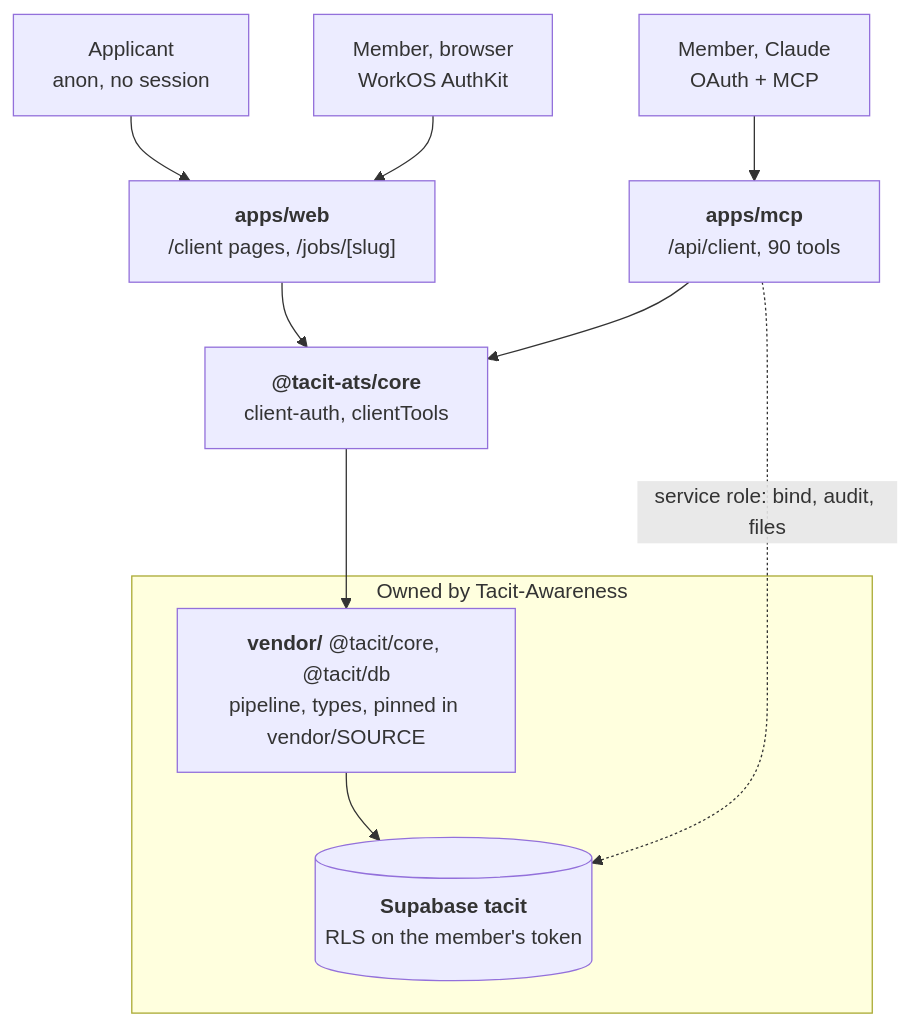
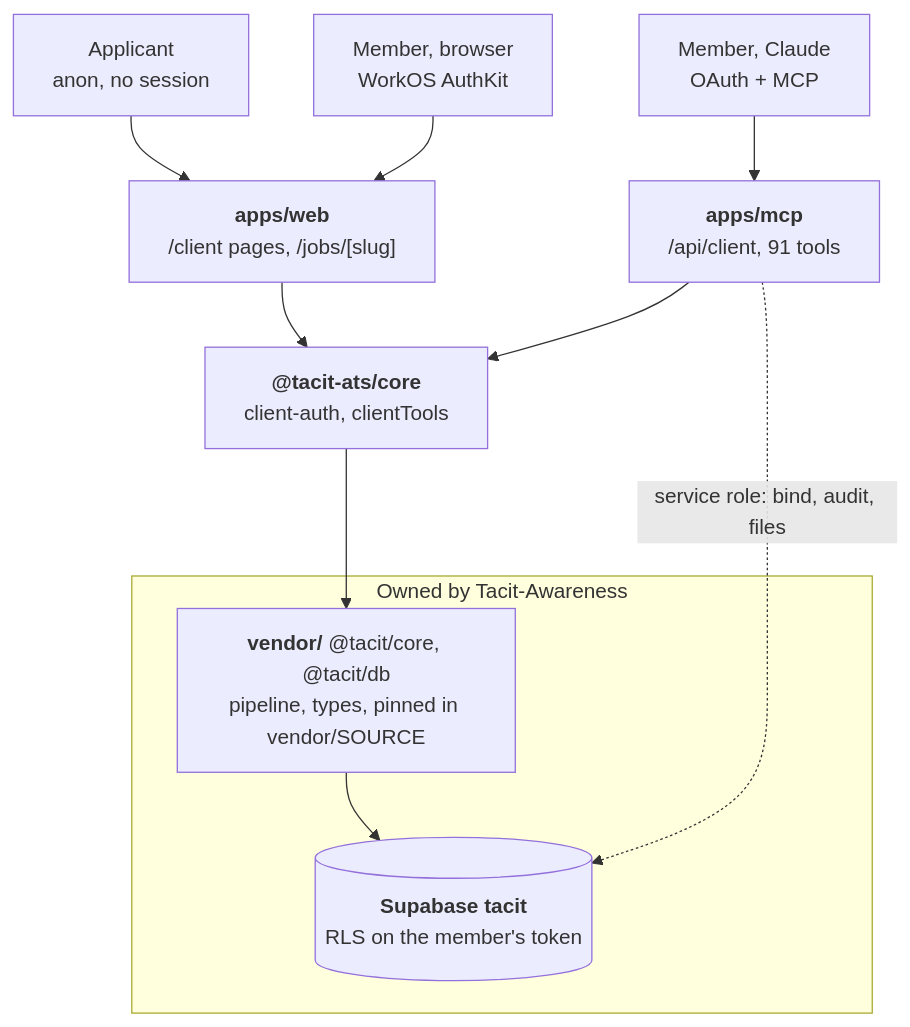
One commit to Tacit-Awareness/tacit-ats changed the first of 3 diagrams in ARCHITECTURE.md. Above: the diagram before and after it, drawn with Mermaid. The commit also changed other lines of this file and 33 other files, not shown here.

````diff
--- a/ARCHITECTURE.md
+++ b/ARCHITECTURE.md
@@ -26,24 +26,24 @@
 ```mermaid
 flowchart TD
     applicant["Applicant<br/>anon, no session"]
     browser["Member, browser<br/>WorkOS AuthKit"]
     claude["Member, Claude<br/>OAuth + MCP"]
 
     web["<b>apps/web</b><br/>/client pages, /jobs/[slug]"]
-    mcp["<b>apps/mcp</b><br/>/api/client, 90 tools"]
+    mcp["<b>apps/mcp</b><br/>/api/client, 91 tools"]
     core["<b>@tacit-ats/core</b><br/>client-auth, clientTools"]
 
     subgraph ta["Owned by Tacit-Awareness"]
         vendor["<b>vendor/</b> @tacit/core, @tacit/db<br/>pipeline, types, pinned in vendor/SOURCE"]
         db[("<b>Supabase tacit</b><br/>RLS on the member's token")]
     end
 
     applicant --> web
     browser --> web
     claude --> mcp
     web --> core
     mcp --> core
     core --> vendor
     vendor --> db
     mcp -. "service role: bind, audit, files" .-> db
 ```
````
